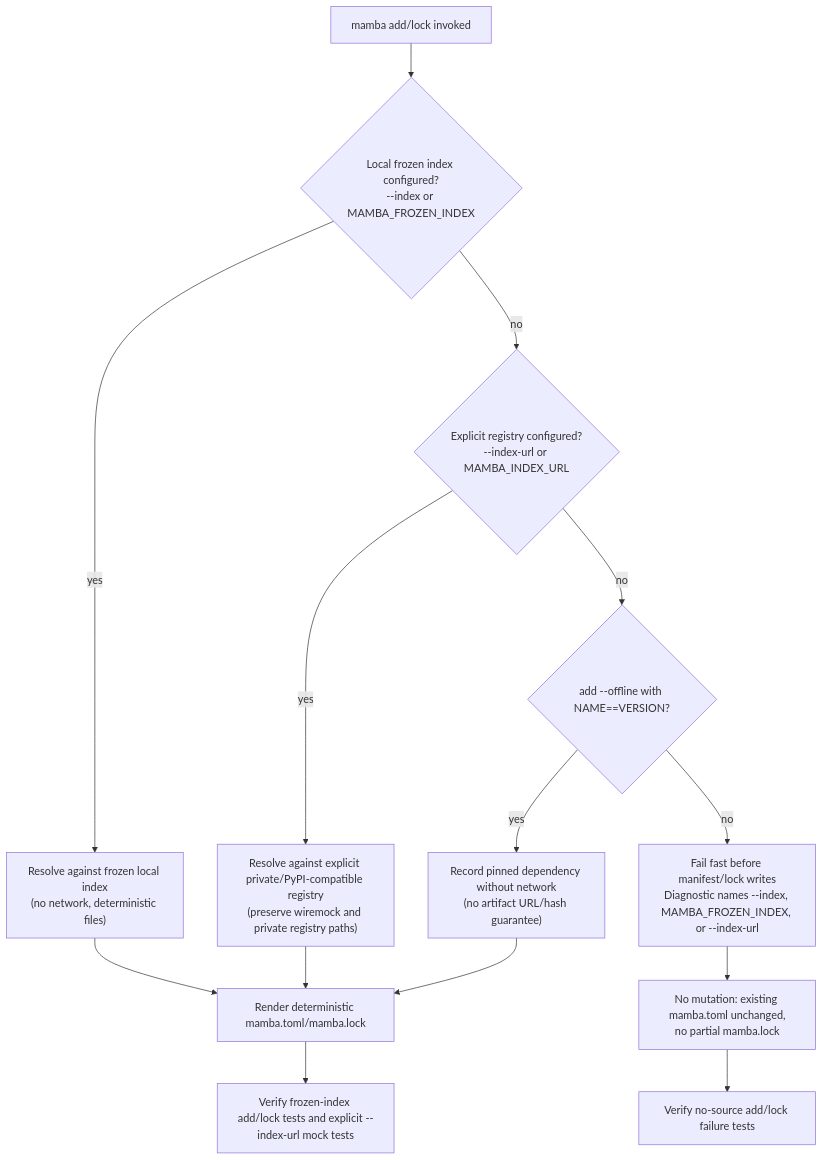
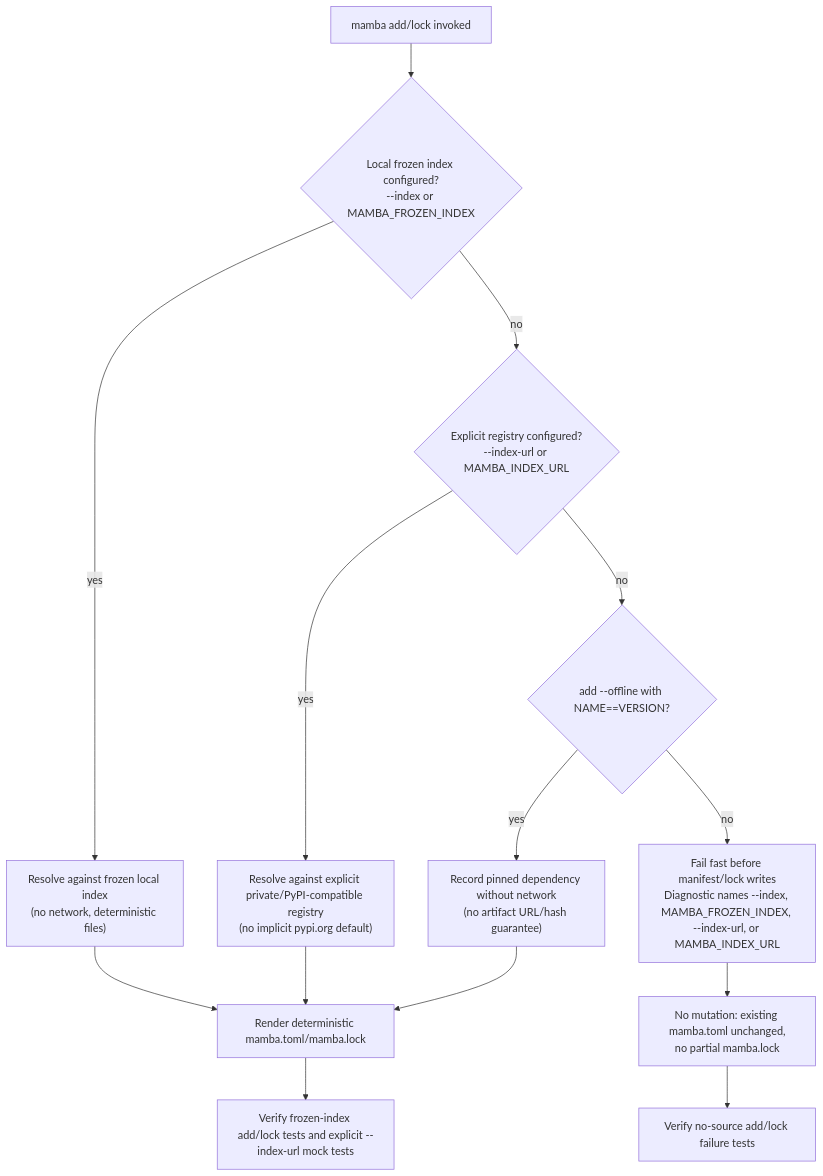
The first of 2 diagrams in .aw/tech-design/projects/mamba/logic/mamba-pkgmanage-remove-implicit-pypi-default-from-add-lock.md (chrischeng-c4/axiom), drawn with Mermaid before and after one commit. The commit also changed other lines of this file, not shown here.

Commit message:
td(466) — contract section: logic
Lifecycle-Slug: 466
Work-Item: 466
Lifecycle-Stage: Td-Section
Lifecycle-Phase: td_contract_in_progress
Lifecycle-Pass: contract
TD-Section: logic
Previous-Phase: td_contract_in_progress
Next-Phase: td_contract_in_progress
Next-Command: aw td create

````diff
--- a/.aw/tech-design/projects/mamba/logic/mamba-pkgmanage-remove-implicit-pypi-default-from-add-lock.md
+++ b/.aw/tech-design/projects/mamba/logic/mamba-pkgmanage-remove-implicit-pypi-default-from-add-lock.md
@@ -13,43 +13,43 @@
 ```mermaid
 ---
-id: mamba-pkgmanage-source-policy
+id: mamba-pkgmanage-source-policy-contract
 entry: invoked
 nodes:
   invoked: { kind: start, label: "mamba add/lock invoked" }
   local_index: { kind: decision, label: "Local frozen index configured?" }
   explicit_registry: { kind: decision, label: "Explicit registry configured?" }
   offline_pin: { kind: decision, label: "add --offline with NAME==VERSION?" }
   resolve_local: { kind: process, label: "Resolve against frozen local index" }
   resolve_registry: { kind: process, label: "Resolve against explicit registry URL" }
   record_offline: { kind: process, label: "Record pinned dependency without network" }
   fail_no_source: { kind: terminal, label: "Fail before manifest/lock writes" }
   render_lock: { kind: terminal, label: "Render deterministic manifest/lock" }
 edges:
   - { from: invoked, to: local_index }
   - { from: local_index, to: resolve_local, label: "yes" }
   - { from: local_index, to: explicit_registry, label: "no" }
   - { from: explicit_registry, to: resolve_registry, label: "yes" }
   - { from: explicit_registry, to: offline_pin, label: "no" }
   - { from: offline_pin, to: record_offline, label: "yes" }
   - { from: offline_pin, to: fail_no_source, label: "no" }
   - { from: resolve_local, to: render_lock }
   - { from: resolve_registry, to: render_lock }
   - { from: record_offline, to: render_lock }
 ---
 flowchart TD
     A["mamba add/lock invoked"] --> B{"Local frozen index configured?\n--index or MAMBA_FROZEN_INDEX"}
     B -- yes --> C["Resolve against frozen local index\n(no network, deterministic files)"]
     B -- no --> D{"Explicit registry configured?\n--index-url or MAMBA_INDEX_URL"}
-    D -- yes --> E["Resolve against explicit private/PyPI-compatible registry\n(preserve wiremock and private registry paths)"]
+    D -- yes --> E["Resolve against explicit private/PyPI-compatible registry\n(no implicit pypi.org default)"]
     D -- no --> F{"add --offline with NAME==VERSION?"}
     F -- yes --> G["Record pinned dependency without network\n(no artifact URL/hash guarantee)"]
-    F -- no --> H["Fail fast before manifest/lock writes\nDiagnostic names --index, MAMBA_FROZEN_INDEX, or --index-url"]
+    F -- no --> H["Fail fast before manifest/lock writes\nDiagnostic names --index, MAMBA_FROZEN_INDEX, --index-url, or MAMBA_INDEX_URL"]
 
     C --> I["Render deterministic mamba.toml/mamba.lock"]
     E --> I
     G --> I
     H --> J["No mutation: existing mamba.toml unchanged,\nno partial mamba.lock"]
 
     I --> K["Verify frozen-index add/lock tests and explicit --index-url mock tests"]
     J --> L["Verify no-source add/lock failure tests"]
 ```
````
